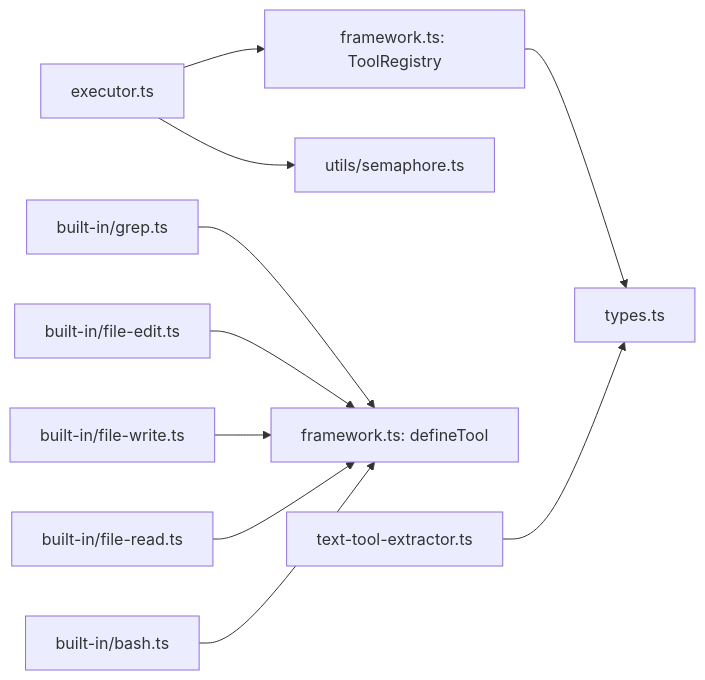
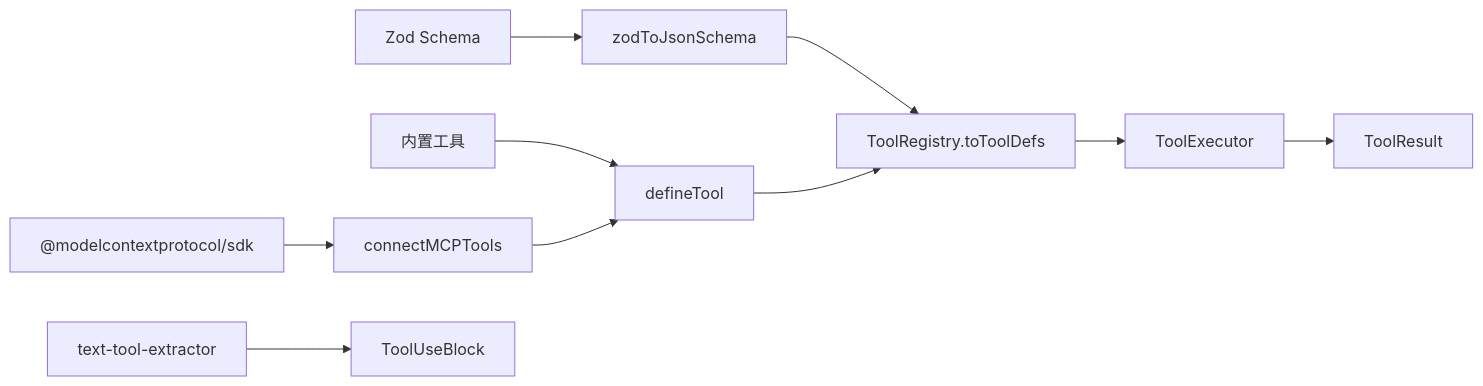
One commit to haolange/open-multi-agent changed the sixth of 6 diagrams in .qoder/repowiki/zh/content/工具系统/工具系统.md. Above: the diagram before and after it, drawn with Mermaid. The commit also changed other lines of this file and 100 other files, not shown here.

````diff
--- a/.qoder/repowiki/zh/content/工具系统/工具系统.md
+++ b/.qoder/repowiki/zh/content/工具系统/工具系统.md
@@ -354,12 +360,12 @@
 ```mermaid
 graph LR
-EX["executor.ts"] --> REG["framework.ts: ToolRegistry"]
-EX --> SEM["utils/semaphore.ts"]
-BASH["built-in/bash.ts"] --> FW["framework.ts: defineTool"]
-READ["built-in/file-read.ts"] --> FW
-WRITE["built-in/file-write.ts"] --> FW
-EDIT["built-in/file-edit.ts"] --> FW
-GREP["built-in/grep.ts"] --> FW
-TE["text-tool-extractor.ts"] --> TY["types.ts"]
-REG --> TY
+Zod["Zod Schema"] --> ZJS["zodToJsonSchema"]
+ZJS --> TR["ToolRegistry.toToolDefs"]
+DF["defineTool"] --> TR
+TR --> TE["ToolExecutor"]
+TE --> OUT["ToolResult"]
+BI["内置工具"] --> DF
+MCP["@modelcontextprotocol/sdk"] --> CM["connectMCPTools"]
+CM --> DF
+TTE["text-tool-extractor"] --> Types["ToolUseBlock"]
 ```
````
